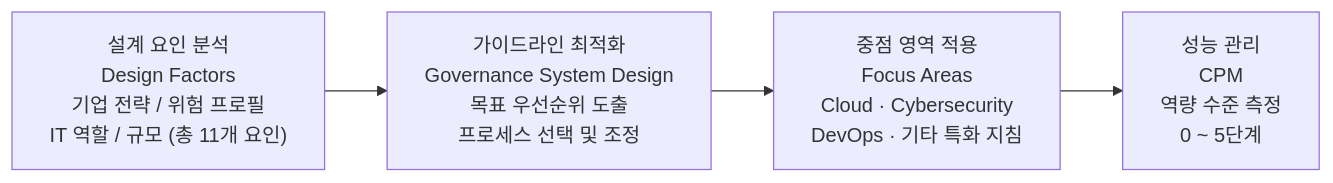
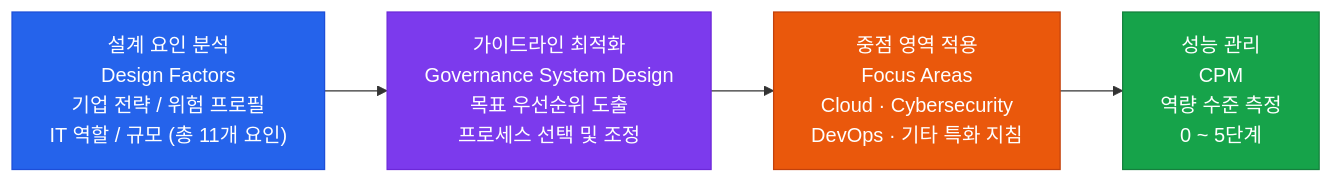
Before and after one commit to jeonck/fw-thinking: the second of 5 diagrams in docs/01-it-governance/cobit-2019.md, drawn with Mermaid. The commit also changed other lines of this file, not shown here.

First line of the commit message:
COBIT 2019 다이어그램 색상 추가

````diff
--- a/docs/01-it-governance/cobit-2019.md
+++ b/docs/01-it-governance/cobit-2019.md
@@ -51,9 +59,14 @@
 ```mermaid
 flowchart LR
     DF["설계 요인 분석<br/>Design Factors<br/>기업 전략 / 위험 프로필<br/>IT 역할 / 규모 (총 11개 요인)"]
     OPT["가이드라인 최적화<br/>Governance System Design<br/>목표 우선순위 도출<br/>프로세스 선택 및 조정"]
     FA["중점 영역 적용<br/>Focus Areas<br/>Cloud · Cybersecurity<br/>DevOps · 기타 특화 지침"]
     CPM["성능 관리<br/>CPM<br/>역량 수준 측정<br/>0 ~ 5단계"]
 
     DF --> OPT --> FA --> CPM
+
+    style DF  fill:#2563EB,stroke:#1D4ED8,color:#fff
+    style OPT fill:#7C3AED,stroke:#6D28D9,color:#fff
+    style FA  fill:#EA580C,stroke:#C2410C,color:#fff
+    style CPM fill:#16A34A,stroke:#15803D,color:#fff
 ```
````
